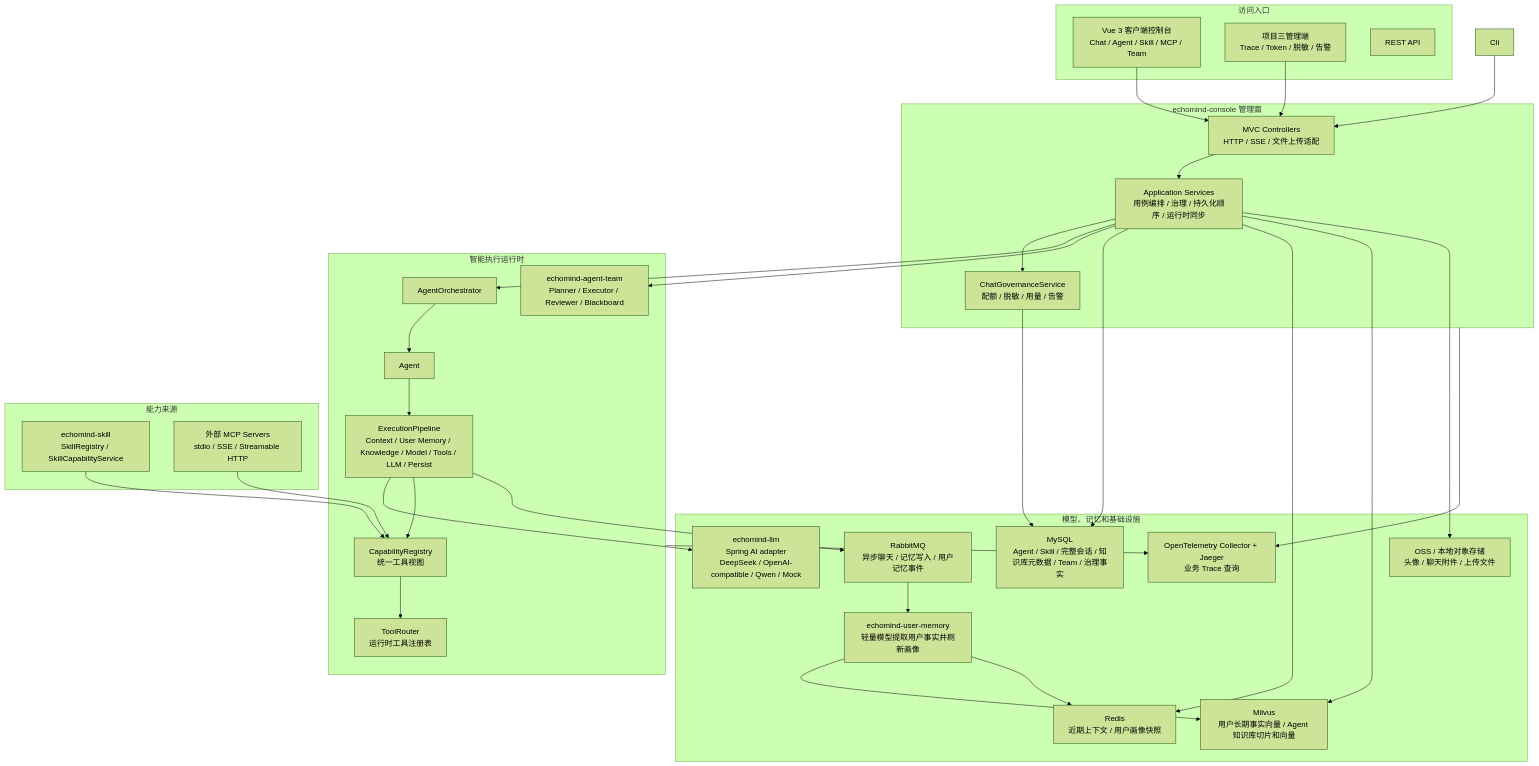
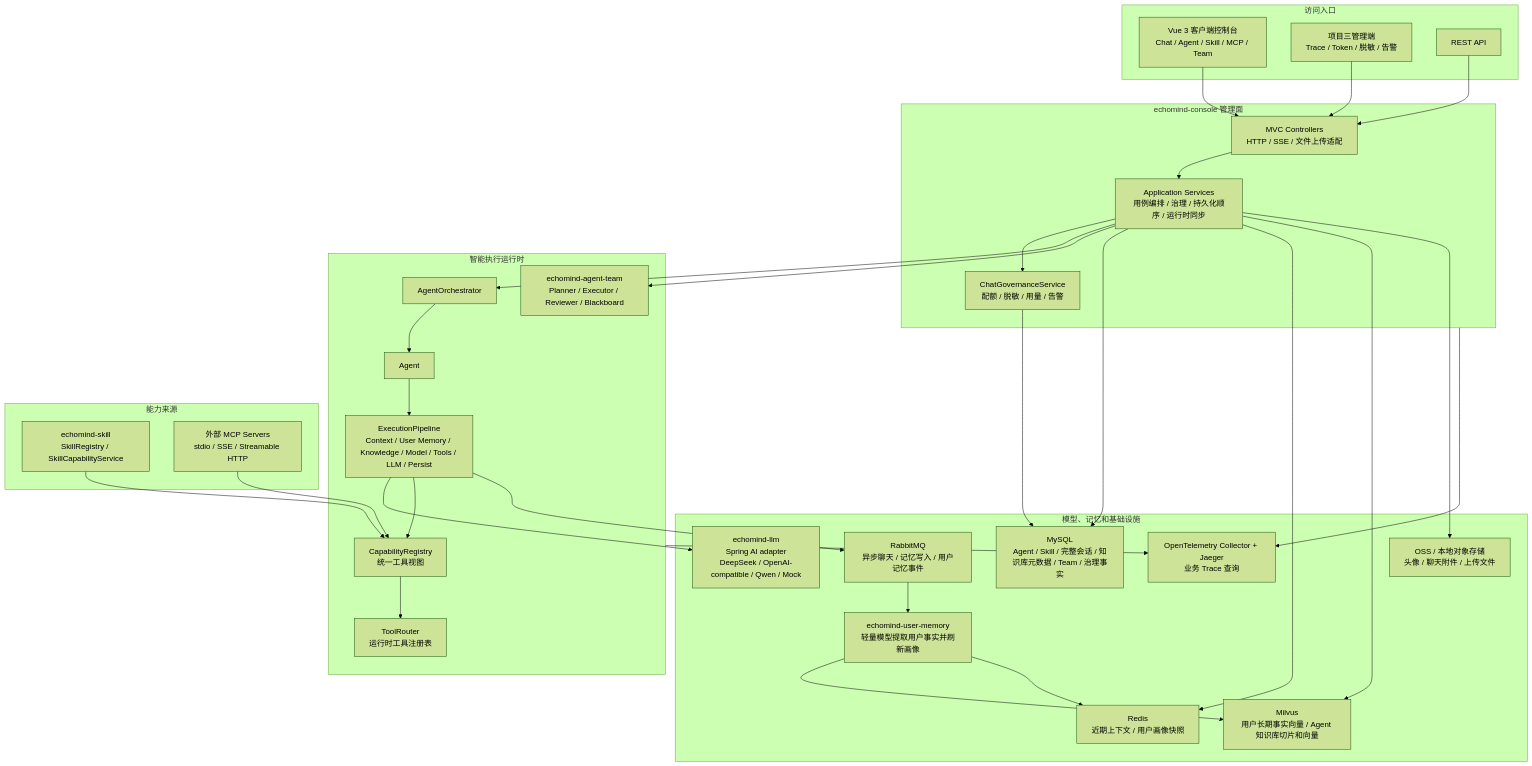
One commit to kaiyue-ai/EchoMind changed the first of 3 diagrams in README.md. Above: the diagram before and after it, drawn with Mermaid (forest theme). The commit also changed other lines of this file and 16248 other files, not shown here.

Commit message:
Update README with architecture diagrams and module documentation; fix pipeline stage order in diagram

````diff
--- a/README.md
+++ b/README.md
@@ -14,64 +37,64 @@
 ```mermaid
 flowchart TB
     subgraph Clients["访问入口"]
         Web["Vue 3 客户端控制台<br/>Chat / Agent / Skill / MCP / Team"]
         Admin["项目三管理端<br/>Trace / Token / 脱敏 / 告警"]
         Api["REST API"]
     end
 
     subgraph Console["echomind-console 管理面"]
         Controllers["MVC Controllers<br/>HTTP / SSE / 文件上传适配"]
         AppServices["Application Services<br/>用例编排 / 治理 / 持久化顺序 / 运行时同步"]
         Governance["ChatGovernanceService<br/>配额 / 脱敏 / 用量 / 告警"]
     end
 
     subgraph Runtime["智能执行运行时"]
         Orchestrator["AgentOrchestrator"]
         Agent["Agent"]
         Pipeline["ExecutionPipeline<br/>Context / User Memory / Knowledge / Model / Tools / LLM / Persist"]
         Team["echomind-agent-team<br/>Planner / Executor / Reviewer / Blackboard"]
         Capability["CapabilityRegistry<br/>统一工具视图"]
         ToolRouter["ToolRouter<br/>运行时工具注册表"]
     end
 
     subgraph ToolSources["能力来源"]
         Skill["echomind-skill<br/>SkillRegistry / SkillCapabilityService"]
         MCP["外部 MCP Servers<br/>stdio / SSE / Streamable HTTP"]
     end
 
     subgraph Infra["模型、记忆和基础设施"]
         LLM["echomind-llm<br/>Spring AI adapter<br/>DeepSeek / OpenAI-compatible / Qwen / Mock"]
         MySQL["MySQL<br/>Agent / Skill / 完整会话 / 知识库元数据 / Team / 治理事实"]
         Redis["Redis<br/>近期上下文 / 用户画像快照"]
         Milvus["Milvus<br/>用户长期事实向量 / Agent 知识库切片和向量"]
         Rabbit["RabbitMQ<br/>异步聊天 / 记忆写入 / 用户记忆事件"]
         OSS["OSS / 本地对象存储<br/>头像 / 聊天附件 / 上传文件"]
         OTel["OpenTelemetry Collector + Jaeger<br/>业务 Trace 查询"]
         UserMemory["echomind-user-memory<br/>轻量模型提取用户事实并刷新画像"]
     end
 
     Web --> Controllers
     Admin --> Controllers
-    Cli --> Controllers
+    Api --> Controllers
     Controllers --> AppServices
     AppServices --> Governance
     AppServices --> Orchestrator
     AppServices --> Team
     Orchestrator --> Agent --> Pipeline
     Pipeline --> LLM
     Pipeline --> Capability
     Capability --> ToolRouter
     Skill --> Capability
     MCP --> Capability
     Pipeline --> Rabbit
     Rabbit --> UserMemory
     UserMemory --> Milvus
     UserMemory --> Redis
     AppServices --> MySQL
     AppServices --> Redis
     AppServices --> Milvus
     AppServices --> OSS
     Governance --> MySQL
     Runtime --> OTel
     Console --> OTel
 ```
````
